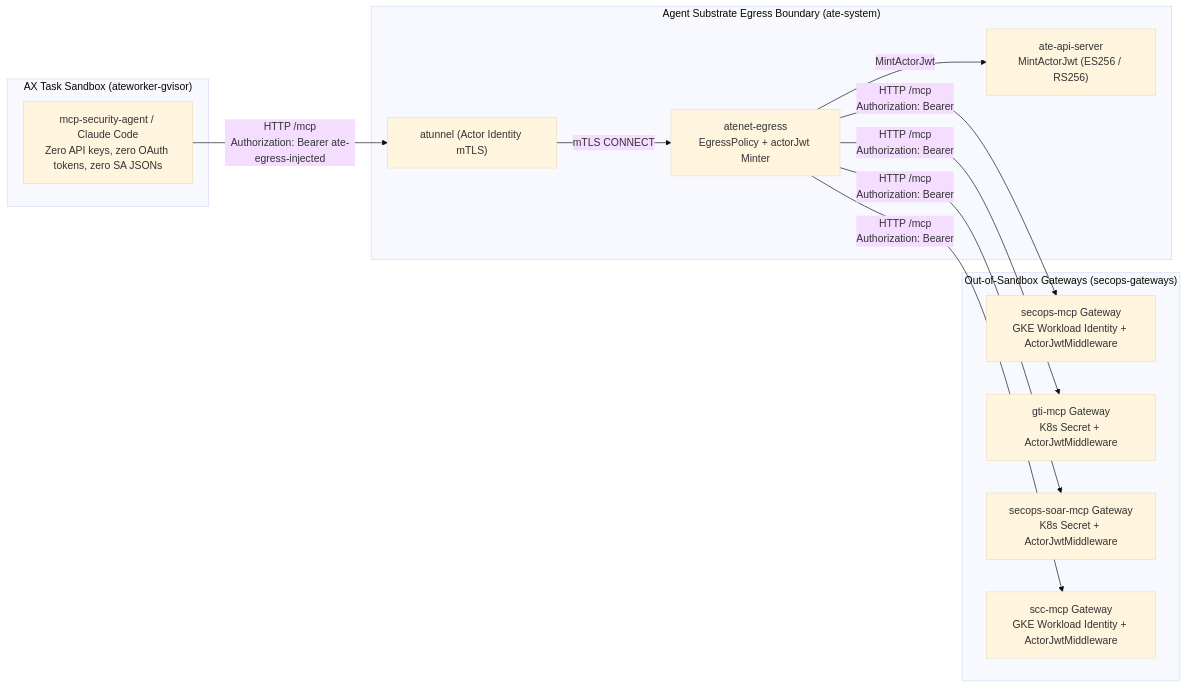
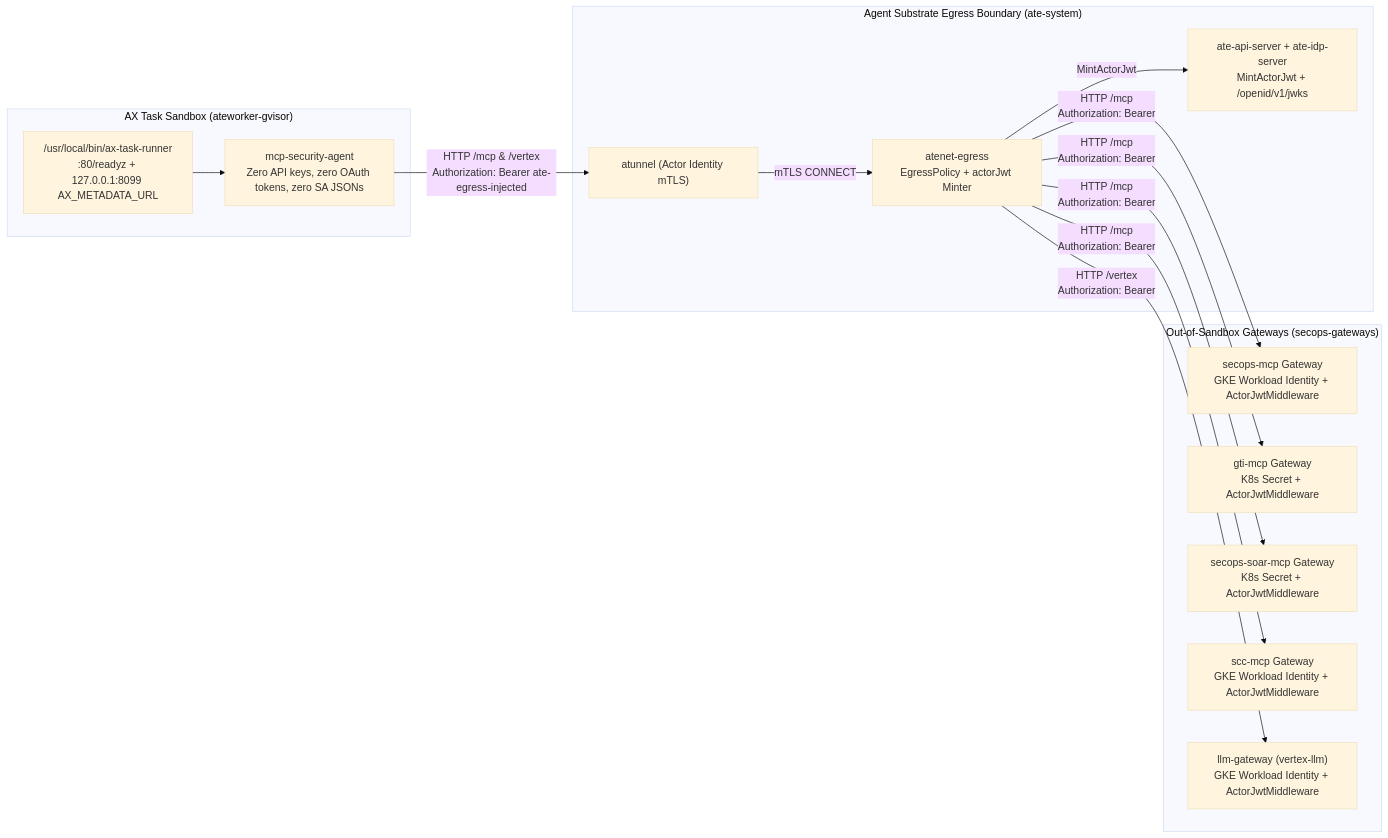
One commit to dandye/mcp-security changed the diagram in deployments/ax-mcp-gateway/README.md. Above: the diagram before and after it, drawn with Mermaid (base theme). The commit also changed other lines of this file and 22 other files, not shown here.

````diff
--- a/deployments/ax-mcp-gateway/README.md
+++ b/deployments/ax-mcp-gateway/README.md
@@ -7,27 +7,31 @@
 ```mermaid
 flowchart LR
     subgraph Sandbox["AX Task Sandbox (ateworker-gvisor)"]
-      Agent["mcp-security-agent / Claude Code<br/>Zero API keys, zero OAuth tokens, zero SA JSONs"]
+      Runner["/usr/local/bin/ax-task-runner<br/>:80/readyz + 127.0.0.1:8099 AX_METADATA_URL"]
+      Agent["mcp-security-agent<br/>Zero API keys, zero OAuth tokens, zero SA JSONs"]
+      Runner --> Agent
     end
 
     subgraph Substrate["Agent Substrate Egress Boundary (ate-system)"]
       Atunnel["atunnel (Actor Identity mTLS)"]
       Egress["atenet-egress<br/>EgressPolicy + actorJwt Minter"]
-      AteApi["ate-api-server<br/>MintActorJwt (ES256 / RS256)"]
+      AteApi["ate-api-server + ate-idp-server<br/>MintActorJwt + /openid/v1/jwks"]
     end
 
     subgraph Gateways["Out-of-Sandbox Gateways (secops-gateways)"]
       SecOpsGW["secops-mcp Gateway<br/>GKE Workload Identity + ActorJwtMiddleware"]
       GtiGW["gti-mcp Gateway<br/>K8s Secret + ActorJwtMiddleware"]
       SoarGW["secops-soar-mcp Gateway<br/>K8s Secret + ActorJwtMiddleware"]
       SccGW["scc-mcp Gateway<br/>GKE Workload Identity + ActorJwtMiddleware"]
+      LlmGW["llm-gateway (vertex-llm)<br/>GKE Workload Identity + ActorJwtMiddleware"]
     end
 
-    Agent -->|"HTTP /mcp<br/>Authorization: Bearer ate-egress-injected"| Atunnel
+    Agent -->|"HTTP /mcp & /vertex<br/>Authorization: Bearer ate-egress-injected"| Atunnel
     Atunnel -->|"mTLS CONNECT"| Egress
     Egress -->|"MintActorJwt"| AteApi
     Egress -->|"HTTP /mcp<br/>Authorization: Bearer <actorJwt>"| SecOpsGW
     Egress -->|"HTTP /mcp<br/>Authorization: Bearer <actorJwt>"| GtiGW
     Egress -->|"HTTP /mcp<br/>Authorization: Bearer <actorJwt>"| SoarGW
     Egress -->|"HTTP /mcp<br/>Authorization: Bearer <actorJwt>"| SccGW
+    Egress -->|"HTTP /vertex<br/>Authorization: Bearer <actorJwt>"| LlmGW
 ```
````
